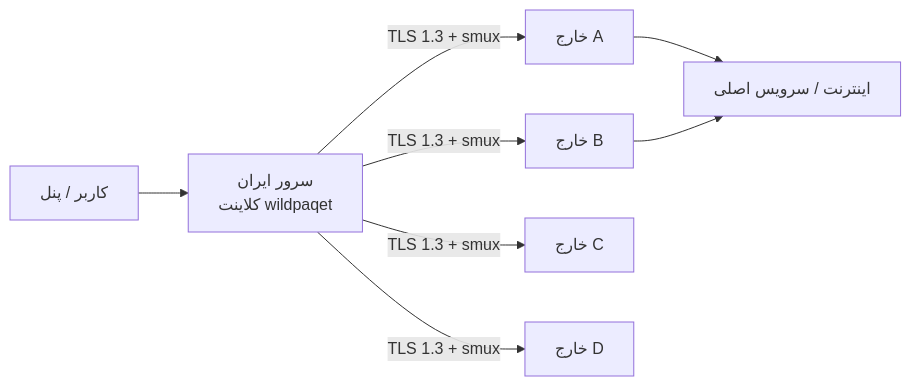
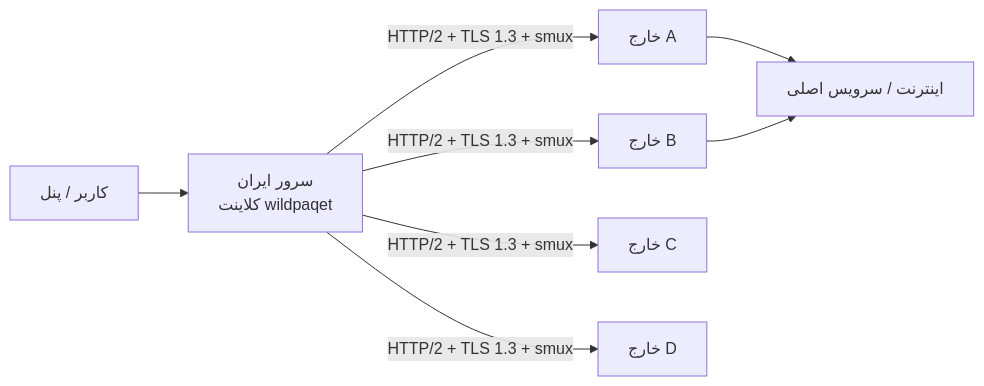
The diagram in README.fa.md (infowild/WildPaqet-Tunnel), drawn with Mermaid before and after one commit. The commit also changed other lines of this file and 30 other files, not shown here.

````diff
--- a/README.fa.md
+++ b/README.fa.md
@@ -56,10 +56,10 @@
 ```mermaid
 flowchart LR
   U[کاربر / پنل] --> IR[سرور ایران<br/>کلاینت wildpaqet]
-  IR -->|TLS 1.3 + smux| KH1[خارج A]
-  IR -->|TLS 1.3 + smux| KH2[خارج B]
-  IR -->|TLS 1.3 + smux| KH3[خارج C]
-  IR -->|TLS 1.3 + smux| KH4[خارج D]
+  IR -->|HTTP/2 + TLS 1.3 + smux| KH1[خارج A]
+  IR -->|HTTP/2 + TLS 1.3 + smux| KH2[خارج B]
+  IR -->|HTTP/2 + TLS 1.3 + smux| KH3[خارج C]
+  IR -->|HTTP/2 + TLS 1.3 + smux| KH4[خارج D]
   KH1 --> NET[اینترنت / سرویس اصلی]
   KH2 --> NET
 ```
````
